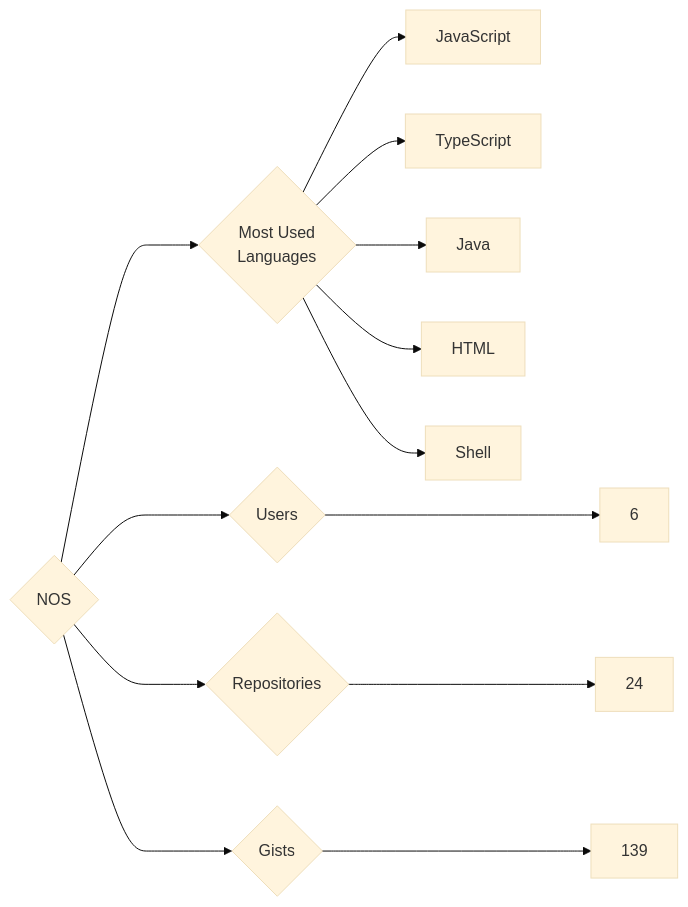
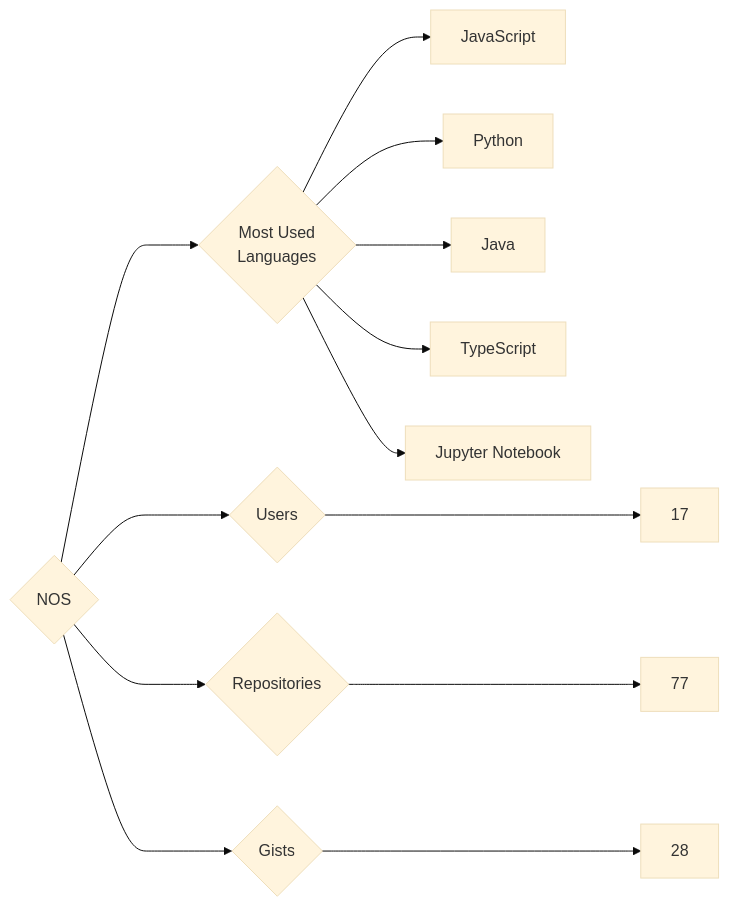
One commit to trickest/insiders changed the diagram in targets/NOS/README.md. Above: the diagram before and after it, drawn with Mermaid (base theme). The commit also changed 796 other files, not shown here.

````diff
--- a/targets/NOS/README.md
+++ b/targets/NOS/README.md
@@ -3,13 +3,13 @@
 ```mermaid
 graph LR
 COMPANY_NAME{NOS}
-COMPANY_NAME ---> U{Users} ---> UN[6]
-COMPANY_NAME ---> R{Repositories} ---> RN[24]
-COMPANY_NAME ---> G{Gists} ---> GN[139]
+COMPANY_NAME ---> U{Users} ---> UN[17]
+COMPANY_NAME ---> R{Repositories} ---> RN[77]
+COMPANY_NAME ---> G{Gists} ---> GN[28]
 COMPANY_NAME ---> ML{Most Used<br>Languages}
 ML --> JavaScript[JavaScript]
+ML --> Python[Python]
+ML --> Java[Java]
 ML --> TypeScript[TypeScript]
-ML --> Java[Java]
-ML --> HTML[HTML]
-ML --> Shell[Shell]
+ML --> Jupyter_Notebook[Jupyter Notebook]
 ```
````
